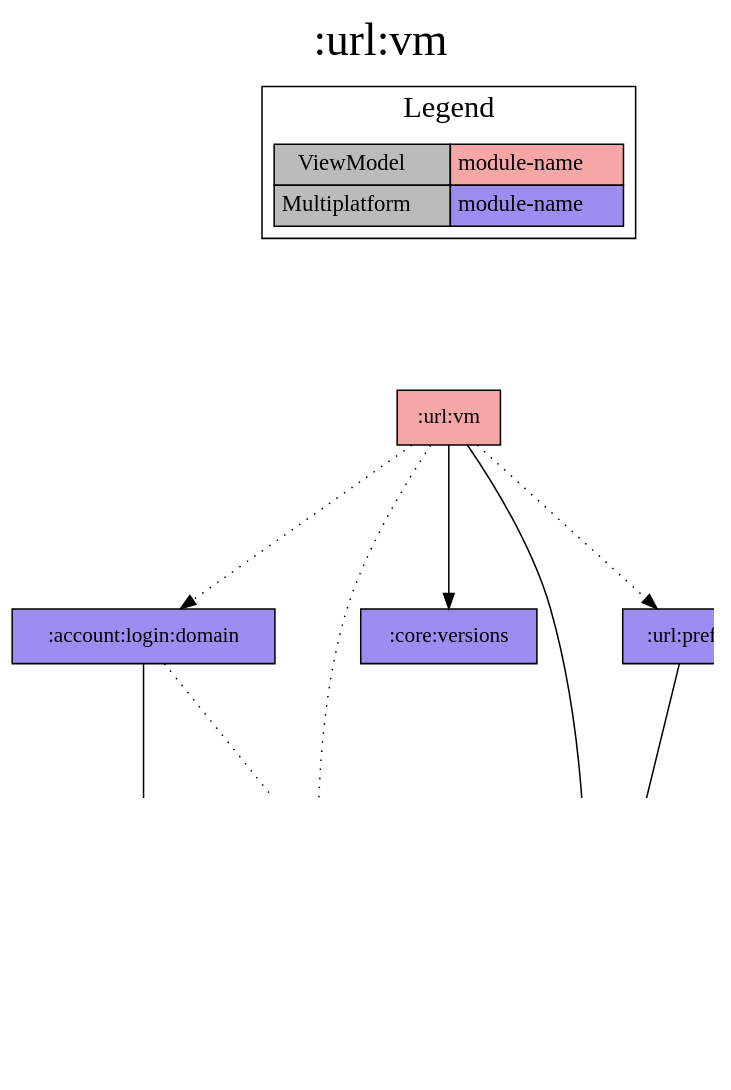
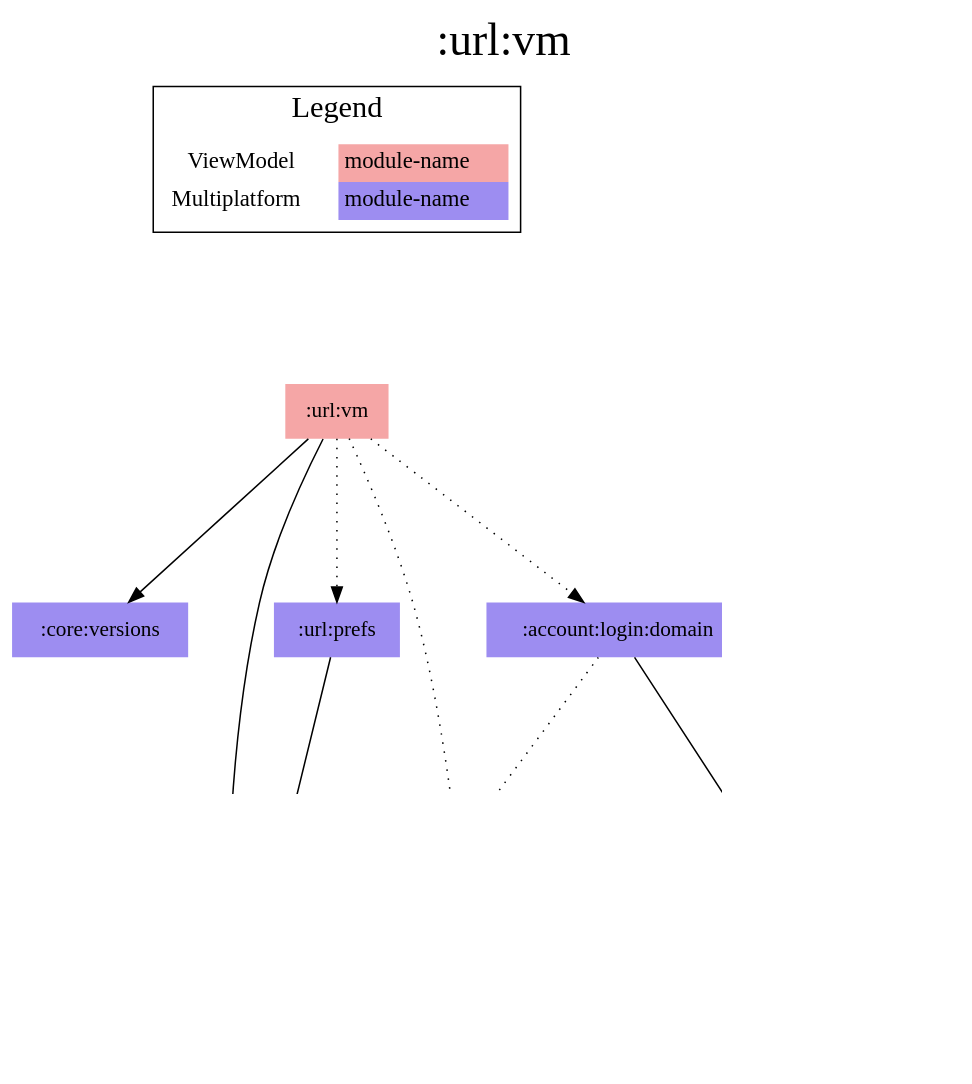
One commit to jonapoul/aktual changed the diagram in modules/url/vm/project-dependency-graph.dot. Above: the diagram before and after it, drawn with Graphviz. The commit also changed 62 other files, not shown here.

Commit message:
Reworked diagrams plugin a bit

```diff
--- a/modules/url/vm/project-dependency-graph.dot
+++ b/modules/url/vm/project-dependency-graph.dot
@@ -1,38 +1,40 @@
 digraph {
 edge ["dir"="forward"]
 graph ["dpi"="100","label"=":url:vm","labelloc"="t","fontsize"="30","ranksep"="1.5","rankdir"="TB"]
 node ["style"="filled"]
-":account:login:domain" ["fillcolor"="#9D8DF1","shape"="box"]
-":account:model" ["fillcolor"="#9D8DF1","shape"="box"]
-":api:actual" ["fillcolor"="#9D8DF1","shape"="box"]
-":budget:model" ["fillcolor"="#9D8DF1","shape"="box"]
-":core:versions" ["fillcolor"="#9D8DF1","shape"="box"]
-":url:model" ["fillcolor"="#9D8DF1","shape"="box"]
-":url:prefs" ["fillcolor"="#9D8DF1","shape"="box"]
-":url:vm" ["fillcolor"="#F5A6A6","shape"="box"]
+":url:vm" ["fillcolor"="#F5A6A6","shape"="none"]
+":core:versions" ["fillcolor"="#9D8DF1","shape"="none"]
+":url:model" ["fillcolor"="#9D8DF1","shape"="none"]
+":account:login:domain" ["fillcolor"="#9D8DF1","shape"="none"]
+":account:model" ["fillcolor"="#9D8DF1","shape"="none"]
+":api:actual" ["fillcolor"="#9D8DF1","shape"="none"]
+":budget:model" ["fillcolor"="#9D8DF1","shape"="none"]
+":codegen:annotation" ["fillcolor"="#9D8DF1","shape"="none"]
+":url:prefs" ["fillcolor"="#9D8DF1","shape"="none"]
 {
 edge ["dir"="none"]
 graph ["rank"="same"]
 }
 ":account:login:domain" -> ":account:model"
 ":account:login:domain" -> ":api:actual" ["style"="dotted"]
 ":api:actual" -> ":account:model"
 ":api:actual" -> ":budget:model"
+":api:actual" -> ":codegen:annotation" ["style"="dotted"]
 ":api:actual" -> ":url:model"
 ":url:prefs" -> ":url:model"
 ":url:vm" -> ":account:login:domain" ["style"="dotted"]
 ":url:vm" -> ":api:actual" ["style"="dotted"]
 ":url:vm" -> ":core:versions"
 ":url:vm" -> ":url:model"
 ":url:vm" -> ":url:prefs" ["style"="dotted"]
 subgraph "cluster_legend" {
 edge ["dir"="none"]
 graph ["label"="Legend","fontsize"="20"]
-"Legend" ["style"="filled","fillcolor"="#bbbbbb","shape"="none","margin"="0","fontsize"="15","label"=<
-<TABLE BORDER="0" CELLBORDER="1" CELLSPACING="0" CELLPADDING="4">
+"Legend" ["style"="filled","fillcolor"="#FFFFFF","shape"="none","margin"="0","fontsize"="15","label"=<
+<TABLE BORDER="0" CELLBORDER="0" CELLSPACING="0" CELLPADDING="4">
 <TR><TD>ViewModel</TD><TD BGCOLOR="#F5A6A6">module-name</TD></TR>
 <TR><TD>Multiplatform</TD><TD BGCOLOR="#9D8DF1">module-name</TD></TR>
 </TABLE>
 >]
 } -> ":url:vm" ["style"="invis"]
 }
```
